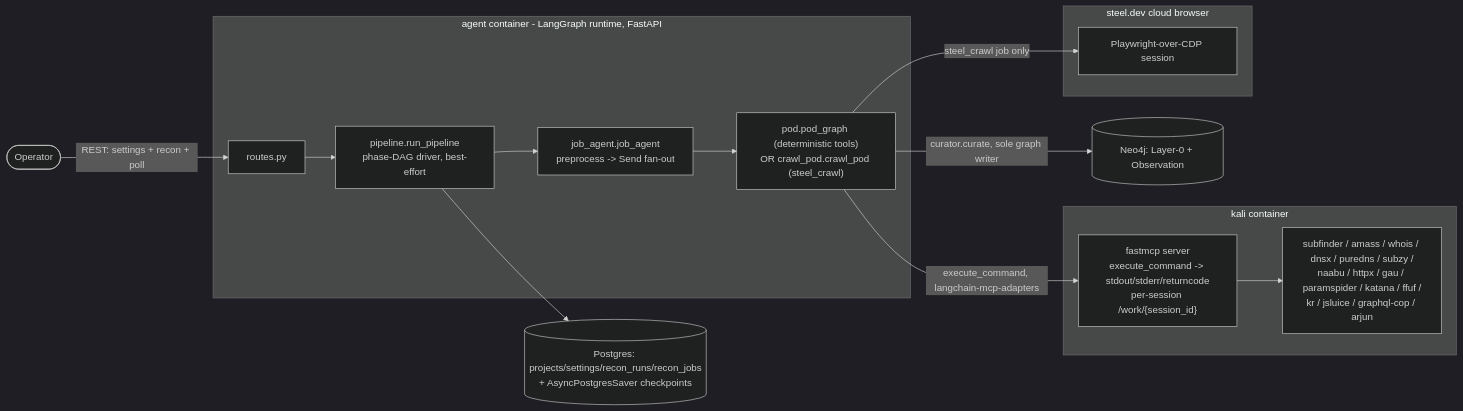
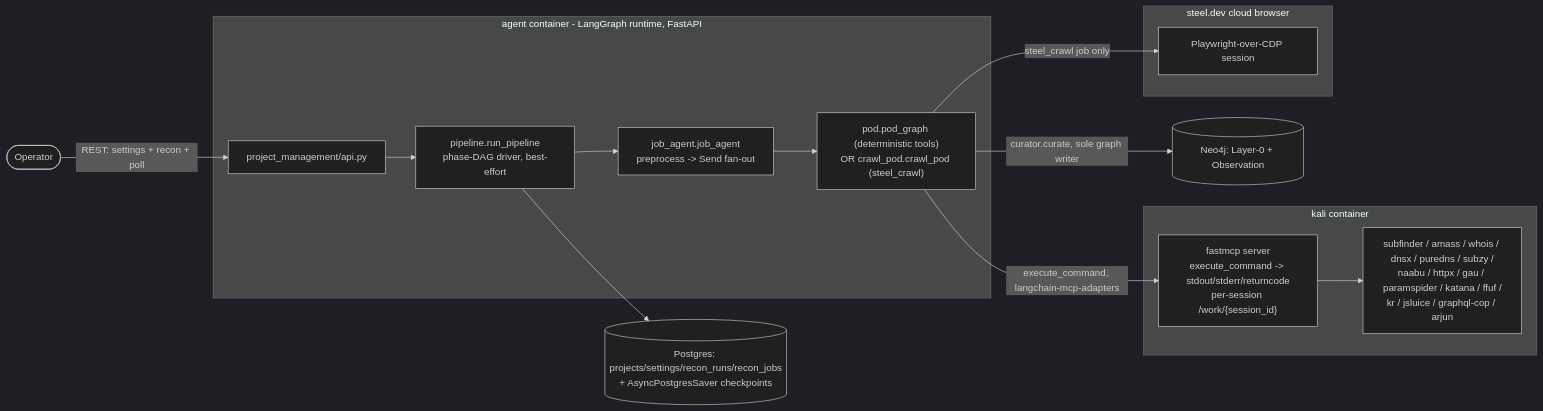
Before and after one commit to Diekgbbtt/polyphemus: the first of 7 diagrams in docs/design/recon-pipeline-design.md, drawn with Mermaid (dark theme). The commit also changed other lines of this file and 5 other files, not shown here.

````diff
--- a/docs/design/recon-pipeline-design.md
+++ b/docs/design/recon-pipeline-design.md
@@ -31,25 +33,25 @@
 ```mermaid
 flowchart LR
     OP([Operator]) -->|REST: settings + recon + poll| API
     subgraph AGENTC[agent container - LangGraph runtime, FastAPI]
-        API[routes.py]
+        API[project_management/api.py]
         PORCH["pipeline.run_pipeline<br/>phase-DAG driver, best-effort"]
         JORCH["job_agent.job_agent<br/>preprocess -> Send fan-out"]
         POD["pod.pod_graph (deterministic tools)<br/>OR crawl_pod.crawl_pod (steel_crawl)"]
         API --> PORCH
         PORCH --> JORCH
         JORCH --> POD
     end
     subgraph KALIC[kali container]
         MCP["fastmcp server<br/>execute_command -> stdout/stderr/returncode<br/>per-session /work/{session_id}"]
         TOOLS["subfinder / amass / whois / dnsx / puredns / subzy /<br/>naabu / httpx / gau / paramspider / katana / ffuf /<br/>kr / jsluice / graphql-cop / arjun"]
         MCP --> TOOLS
     end
     subgraph STEELC[steel.dev cloud browser]
         STEEL[Playwright-over-CDP session]
     end
     POD -->|execute_command, langchain-mcp-adapters| MCP
     POD -->|steel_crawl job only| STEEL
     POD -->|curator.curate, sole graph writer| NEO[(Neo4j: Layer-0 + Observation)]
     PORCH --> PG[(Postgres: projects/settings/recon_runs/recon_jobs<br/>+ AsyncPostgresSaver checkpoints)]
 ```
````
